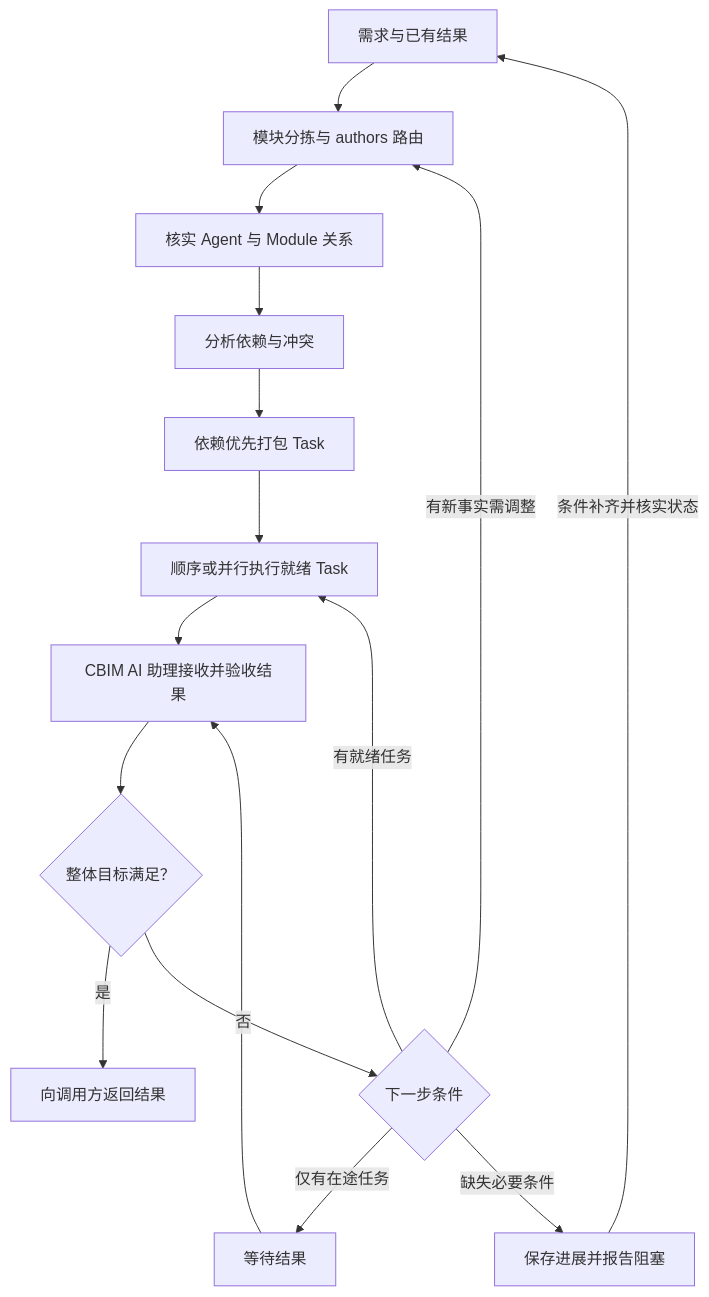
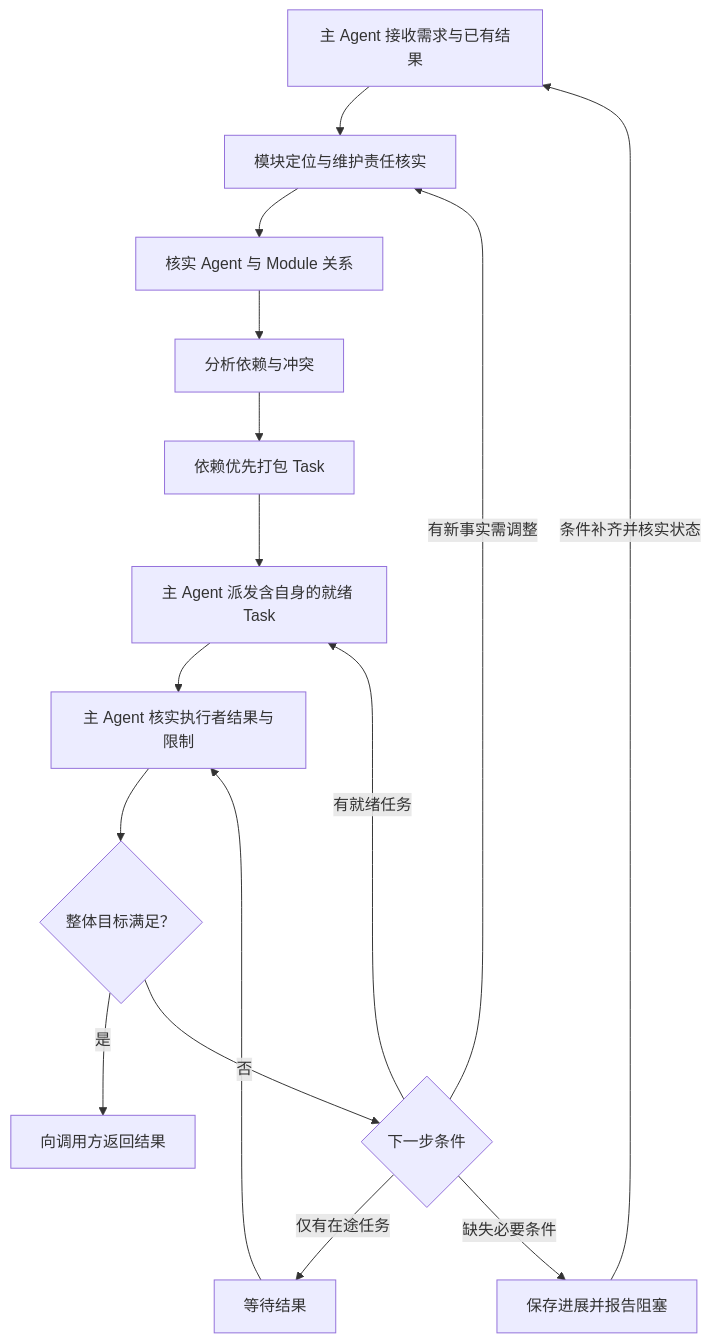
Before and after one commit to nan023062/cbim: the diagram in design/task/task-loop.md, drawn with Mermaid. The commit also changed other lines of this file and 240 other files, not shown here.

````diff
--- a/design/task/task-loop.md
+++ b/design/task/task-loop.md
@@ -96,18 +108,18 @@
 ```mermaid
 flowchart TD
-    A[需求与已有结果] --> B[模块分拣与 authors 路由]
+    A[主 Agent 接收需求与已有结果] --> B[模块定位与维护责任核实]
     B --> C[核实 Agent 与 Module 关系]
     C --> D[分析依赖与冲突]
     D --> E[依赖优先打包 Task]
-    E --> F[顺序或并行执行就绪 Task]
-    F --> G[CBIM AI 助理接收并验收结果]
+    E --> F[主 Agent 派发含自身的就绪 Task]
+    F --> G[主 Agent 核实执行者结果与限制]
     G --> H{整体目标满足？}
     H -->|是| I[向调用方返回结果]
     H -->|否| J{下一步条件}
     J -->|有新事实需调整| B
     J -->|有就绪任务| F
     J -->|仅有在途任务| K[等待结果]
     K --> G
     J -->|缺失必要条件| L[保存进展并报告阻塞]
     L -->|条件补齐并核实状态| A
 ```
````
